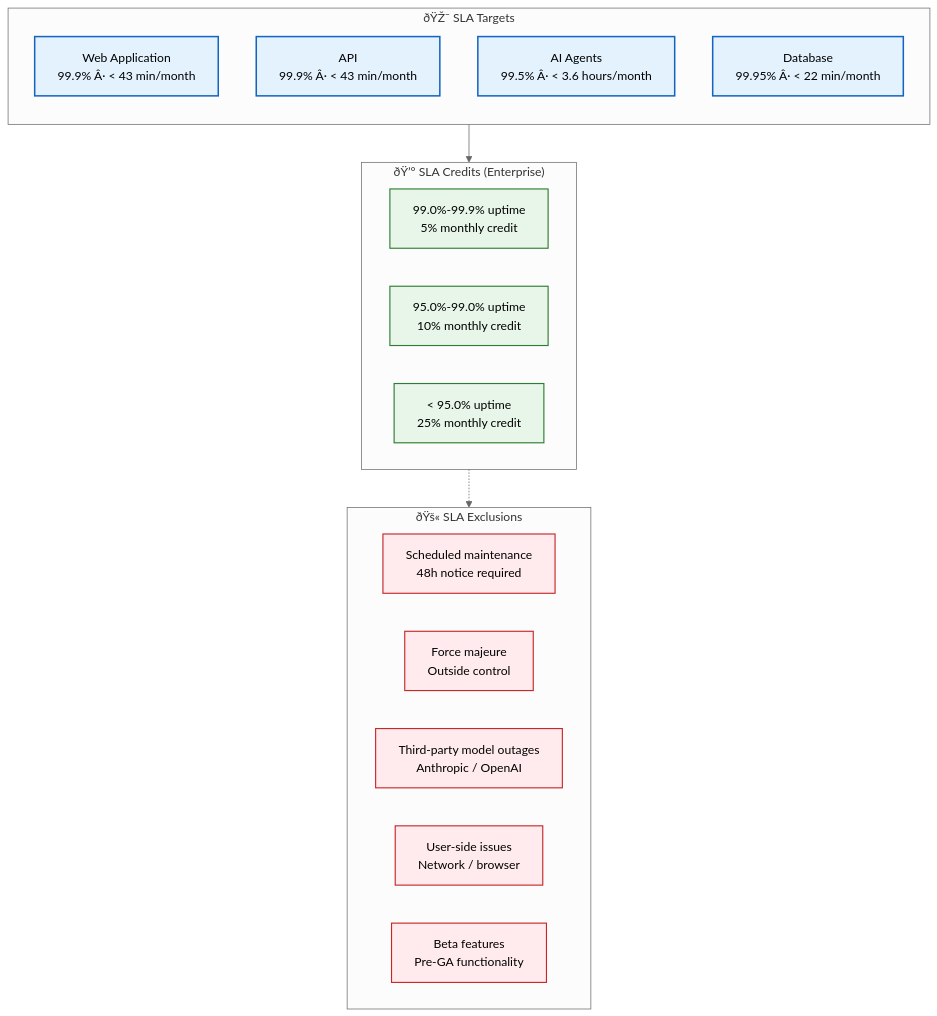
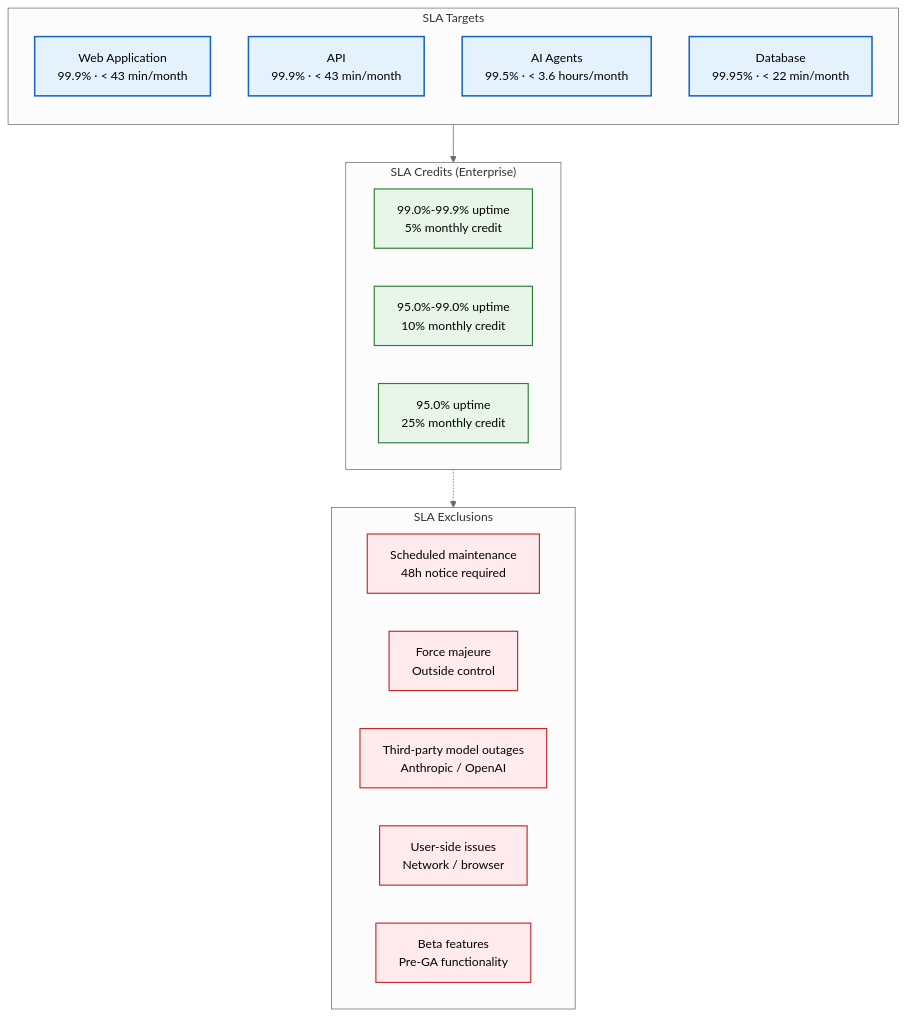
The diagram in docs/operations/SLA.md (Driftloom/Vaeloom), drawn with Mermaid (neutral theme) before and after one commit. The commit also changed other lines of this file and 694 other files, not shown here.

First line of the commit message:
docs: mermaid standardization — encoding/mermaid/duplicate cleanup

````diff
--- a/docs/operations/SLA.md
+++ b/docs/operations/SLA.md
@@ -8,35 +8,35 @@
 ```mermaid
 graph TD
-    classDef target fill:#e3f2fd,stroke:#1565c0,color:#000,stroke-width:2px
-    classDef credit fill:#e8f5e9,stroke:#2e7d32,color:#000,stroke-width:1.5px
-    classDef exclude fill:#ffebee,stroke:#c62828,color:#000,stroke-width:1.5px
+ classDef target fill:#e3f2fd,stroke:#1565c0,color:#000,stroke-width:2px
+ classDef credit fill:#e8f5e9,stroke:#2e7d32,color:#000,stroke-width:1.5px
+ classDef exclude fill:#ffebee,stroke:#c62828,color:#000,stroke-width:1.5px
 
-    subgraph Targets["ðŸŽ¯ SLA Targets"]
-        direction TB
-        T1["Web Application<br/>99.9% Â· < 43 min/month"]
-        T2["API<br/>99.9% Â· < 43 min/month"]
-        T3["AI Agents<br/>99.5% Â· < 3.6 hours/month"]
-        T4["Database<br/>99.95% Â· < 22 min/month"]
-    end
+ subgraph Targets["SLA Targets"]
+ direction TB
+ T1["Web Application<br/>99.9% · < 43 min/month"]
+ T2["API<br/>99.9% · < 43 min/month"]
+ T3["AI Agents<br/>99.5% · < 3.6 hours/month"]
+ T4["Database<br/>99.95% · < 22 min/month"]
+ end
 
-    subgraph Credits["ðŸ’° SLA Credits (Enterprise)"]
-        C1["99.0%-99.9% uptime<br/>5% monthly credit"]
-        C2["95.0%-99.0% uptime<br/>10% monthly credit"]
-        C3["< 95.0% uptime<br/>25% monthly credit"]
-    end
+ subgraph Credits["SLA Credits (Enterprise)"]
+ C1["99.0%-99.9% uptime<br/>5% monthly credit"]
+ C2["95.0%-99.0% uptime<br/>10% monthly credit"]
+ C3["95.0% uptime<br/>25% monthly credit"]
+ end
 
-    subgraph Exclusions["ðŸš« SLA Exclusions"]
-        E1["Scheduled maintenance<br/>48h notice required"]
-        E2["Force majeure<br/>Outside control"]
-        E3["Third-party model outages<br/>Anthropic / OpenAI"]
-        E4["User-side issues<br/>Network / browser"]
-        E5["Beta features<br/>Pre-GA functionality"]
-    end
+ subgraph Exclusions["SLA Exclusions"]
+ E1["Scheduled maintenance<br/>48h notice required"]
+ E2["Force majeure<br/>Outside control"]
+ E3["Third-party model outages<br/>Anthropic / OpenAI"]
+ E4["User-side issues<br/>Network / browser"]
+ E5["Beta features<br/>Pre-GA functionality"]
+ end
 
-    Targets --> Credits
-    Credits -.-> Exclusions
+ Targets--> Credits
+ Credits -.-> Exclusions
 
-    class T1,T2,T3,T4 target
-    class C1,C2,C3 credit
-    class E1,E2,E3,E4,E5 exclude
+ class T1,T2,T3,T4 target
+ class C1,C2,C3 credit
+ class E1,E2,E3,E4,E5 exclude
 ```
````
